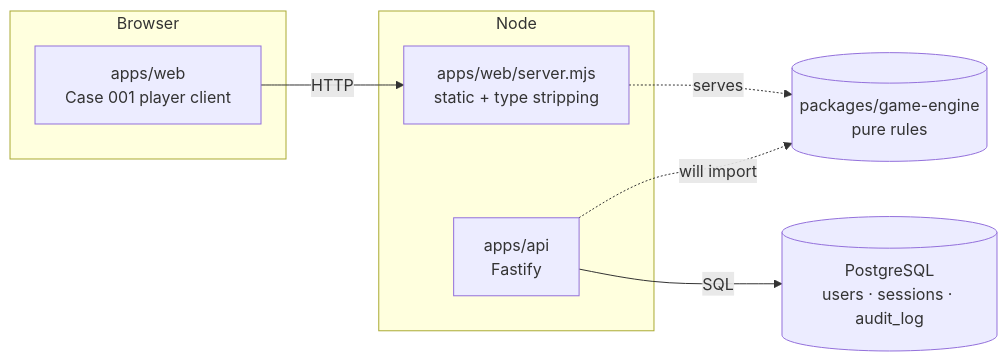
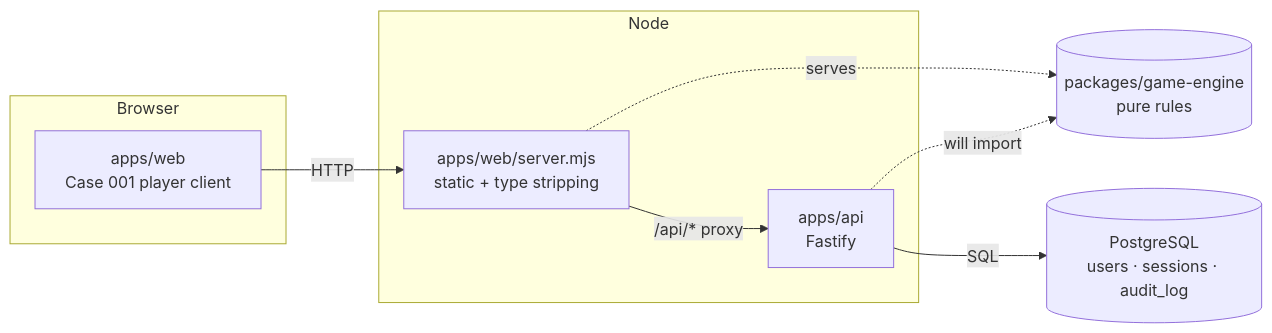
The first of 3 diagrams in docs/architecture/overview.md (lungelooZi/AFTERHOURS-source), drawn with Mermaid before and after one commit. The commit also changed other lines of this file and 4 other files, not shown here.

First line of the commit message:
Document the same-origin API proxy (ADR-0007)

````diff
--- a/docs/architecture/overview.md
+++ b/docs/architecture/overview.md
@@ -8,16 +8,17 @@
 ```mermaid
 flowchart LR
   subgraph Browser
     W[apps/web<br/>Case 001 player client]
   end
   subgraph Node
     WS[apps/web/server.mjs<br/>static + type stripping]
     API[apps/api<br/>Fastify]
   end
   GE[(packages/game-engine<br/>pure rules)]
   DB[(PostgreSQL<br/>users · sessions · audit_log)]
   W -- HTTP --> WS
   WS -. serves .-> GE
+  WS -- "/api/* proxy" --> API
   API -- SQL --> DB
   API -. will import .-> GE
 ```
````
